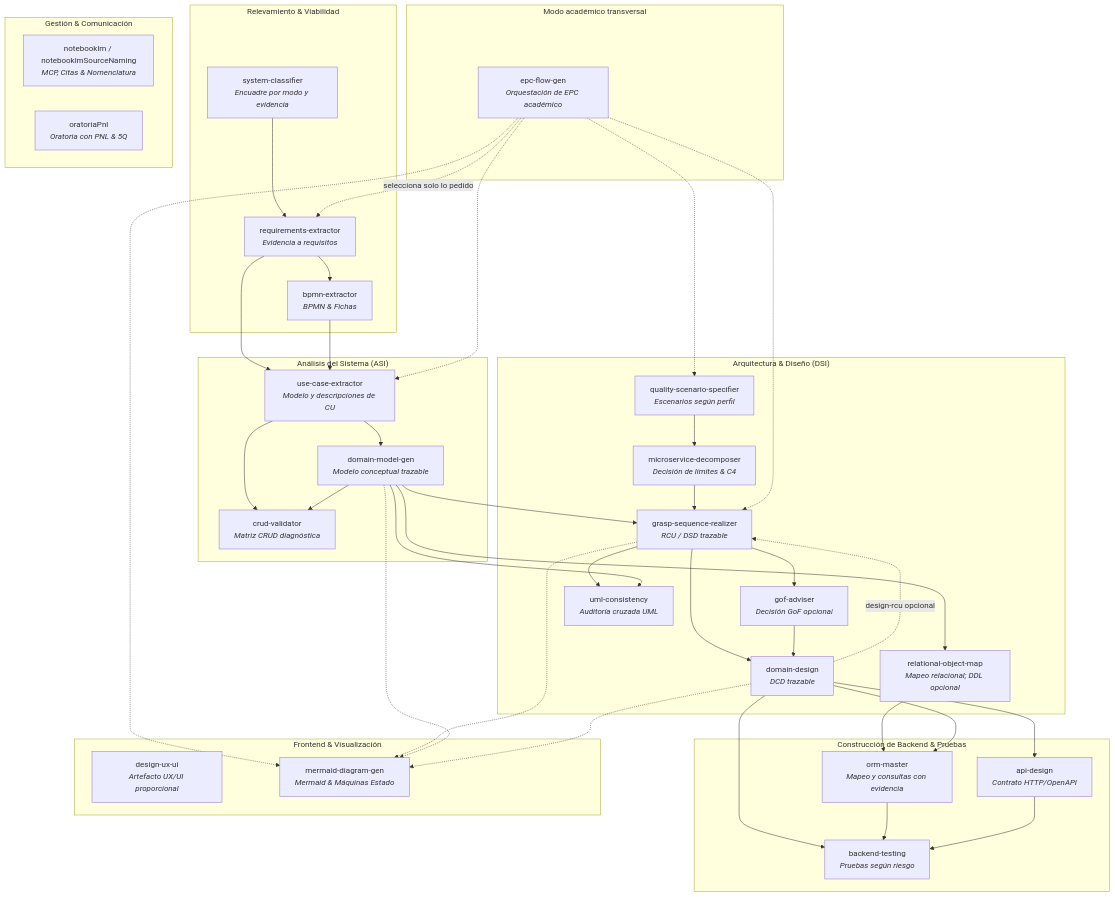
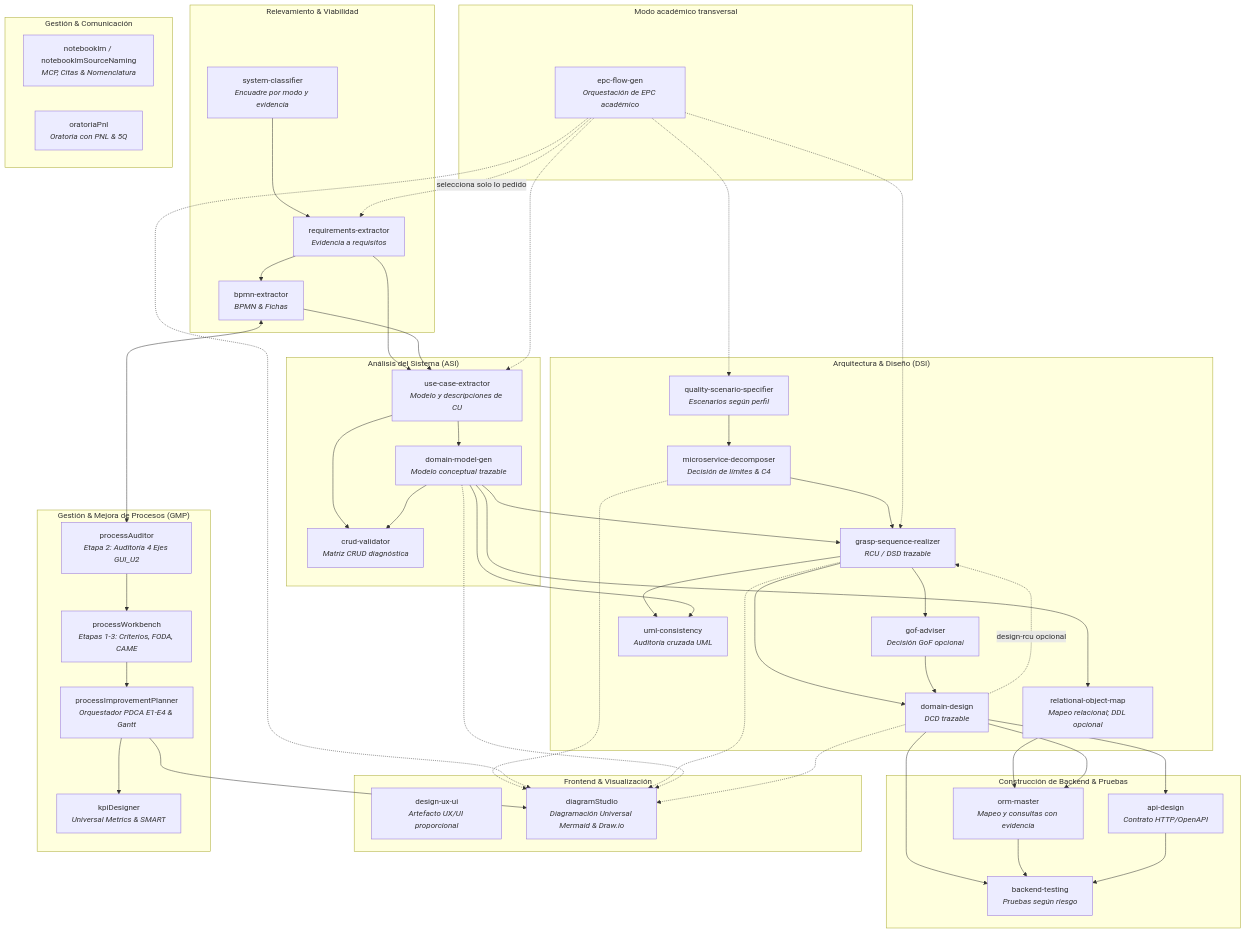
One commit to MartinG94/skills changed the diagram in README.md. Above: the diagram before and after it, drawn with Mermaid. The commit also changed other lines of this file and 286 other files, not shown here.

````diff
--- a/README.md
+++ b/README.md
@@ -87,7 +87,14 @@
 
     subgraph Frontend_y_Visualizacion["Frontend & Visualización"]
         UXUI[design-ux-ui<br/><i>Artefacto UX/UI proporcional</i>]
-        MDG[mermaid-diagram-gen<br/><i>Mermaid & Máquinas Estado</i>]
+        DS[diagramStudio<br/><i>Diagramación Universal Mermaid & Draw.io</i>]
+    end
+
+    subgraph Gestion_y_Mejora_Procesos["Gestión & Mejora de Procesos (GMP)"]
+        PW[processWorkbench<br/><i>Etapas 1-3: Criterios, FODA, CAME</i>]
+        PA[processAuditor<br/><i>Etapa 2: Auditoría 4 Ejes GUI_U2</i>]
+        KPI[kpiDesigner<br/><i>Universal Metrics & SMART</i>]
+        PIP[processImprovementPlanner<br/><i>Orquestador PDCA E1-E4 & Gantt</i>]
     end
 
     subgraph Soporte_Cognitivo["Gestión & Comunicación"]
@@ -99,12 +106,18 @@
     RE --> BPMN
     RE --> UCE
     BPMN --> UCE
+    BPMN <--> PA
+    PA --> PW
+    PW --> PIP
+    PIP --> KPI
+    PIP --> DS
     UCE --> DMG
     UCE --> CV
     DMG --> CV
     DMG --> GSR
     QSS --> MD
     MD --> GSR
+    MD -.-> DS
     GSR --> GOF
     DMG --> ROM
     GSR --> UMLC
@@ -122,8 +135,8 @@
     EPC -.-> UCE
     EPC -.-> QSS
     EPC -.-> GSR
-    EPC -.-> MDG
-    GSR -.-> MDG
-    DMG -.-> MDG
-    DD -.-> MDG
+    EPC -.-> DS
+    GSR -.-> DS
+    DMG -.-> DS
+    DD -.-> DS
 ```
````
